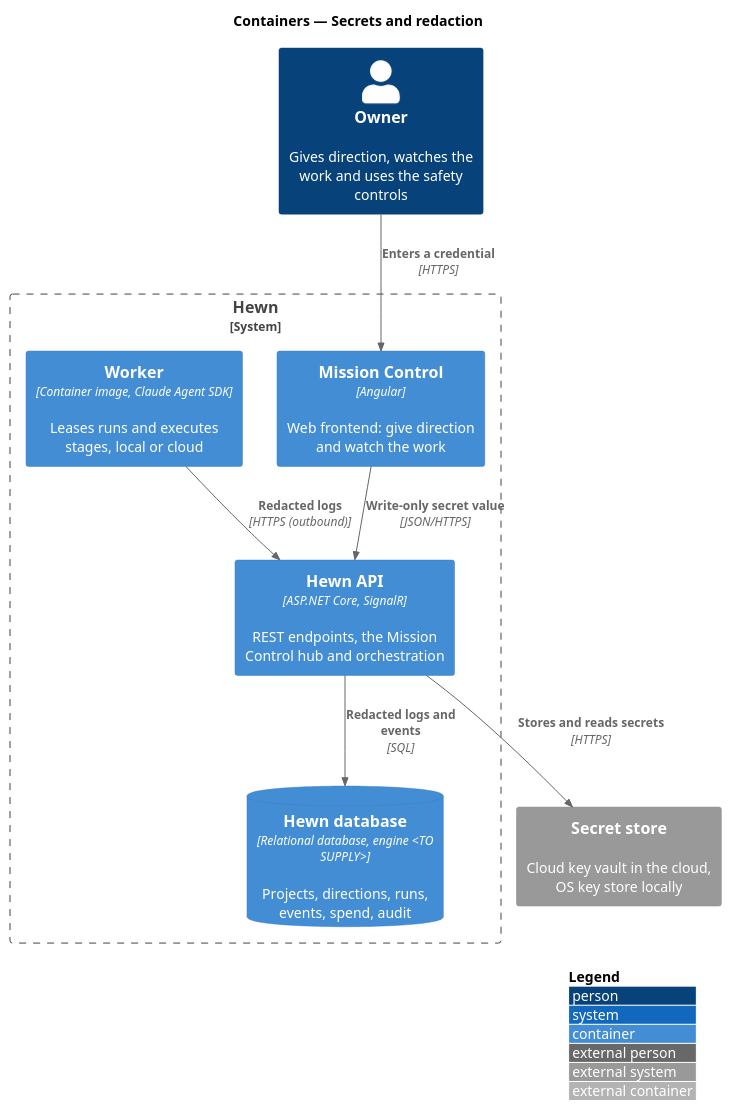
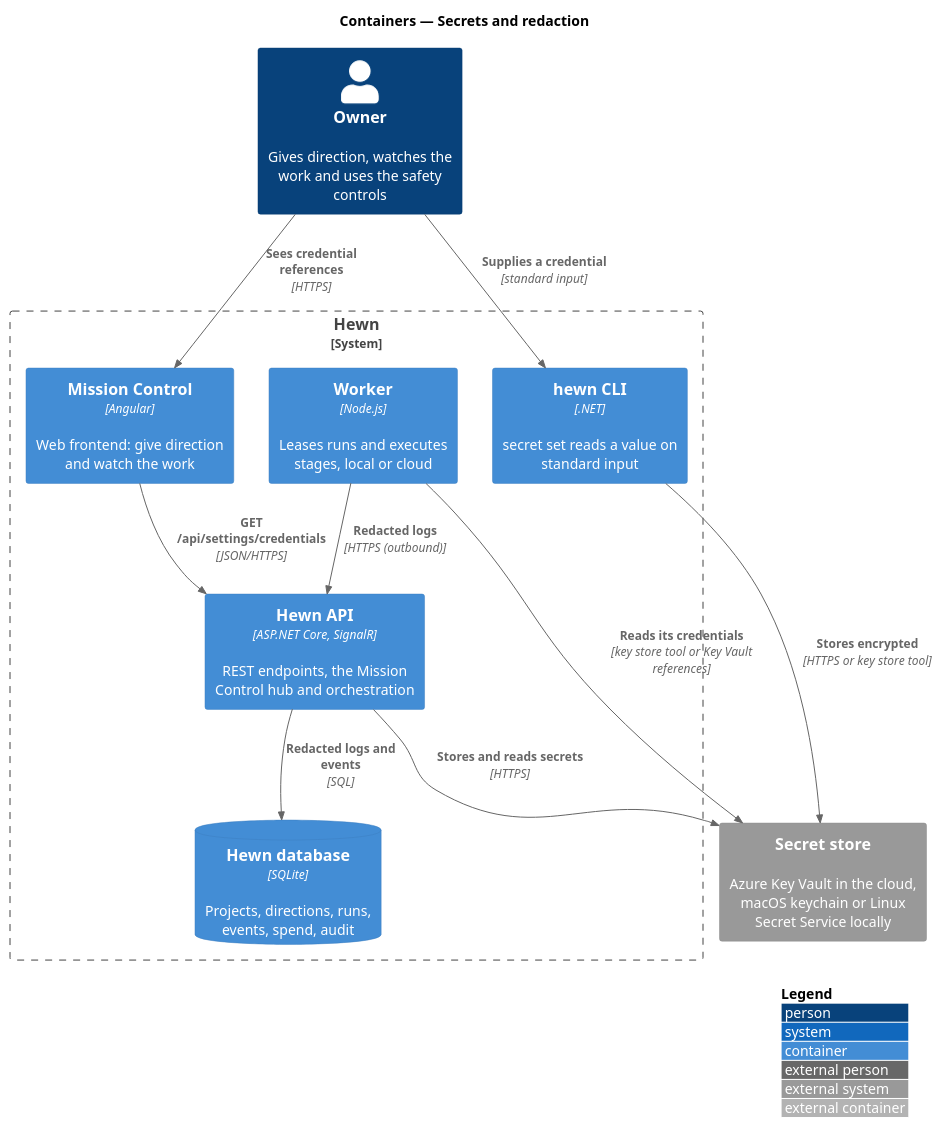
Before and after one commit to QuinntyneBrown/hewn: the diagram in docs/detailed-designs/security/secrets-and-redaction/diagrams/c4-container.puml, drawn with PlantUML. The commit also changed 72 other files, not shown here.

First line of the commit message:
Configure protected service credentials (journey 37, L2-040, L2-042) (#45)

```diff
--- a/docs/detailed-designs/security/secrets-and-redaction/diagrams/c4-container.puml
+++ b/docs/detailed-designs/security/secrets-and-redaction/diagrams/c4-container.puml
@@ -1,20 +1,24 @@
 @startuml
 !include <C4/C4_Container>
 LAYOUT_WITH_LEGEND()
 title Containers — Secrets and redaction
 
 Person(owner, "Owner", "Gives direction, watches the work and uses the safety controls")
 System_Boundary(hewn, "Hewn") {
   Container(spa, "Mission Control", "Angular", "Web frontend: give direction and watch the work")
   Container(api, "Hewn API", "ASP.NET Core, SignalR", "REST endpoints, the Mission Control hub and orchestration")
-  ContainerDb(db, "Hewn database", "Relational database, engine <TO SUPPLY>", "Projects, directions, runs, events, spend, audit")
-  Container(worker, "Worker", "Container image, Claude Agent SDK", "Leases runs and executes stages, local or cloud")
+  ContainerDb(db, "Hewn database", "SQLite", "Projects, directions, runs, events, spend, audit")
+  Container(worker, "Worker", "Node.js", "Leases runs and executes stages, local or cloud")
+  Container(cli, "hewn CLI", ".NET", "secret set reads a value on standard input")
 }
-System_Ext(vault, "Secret store", "Cloud key vault in the cloud, OS key store locally")
+System_Ext(vault, "Secret store", "Azure Key Vault in the cloud, macOS keychain or Linux Secret Service locally")
 
-Rel(owner, spa, "Enters a credential", "HTTPS")
-Rel(spa, api, "Write-only secret value", "JSON/HTTPS")
+Rel(owner, cli, "Supplies a credential", "standard input")
+Rel(cli, vault, "Stores encrypted", "HTTPS or key store tool")
+Rel(owner, spa, "Sees credential references", "HTTPS")
+Rel(spa, api, "GET /api/settings/credentials", "JSON/HTTPS")
 Rel(api, vault, "Stores and reads secrets", "HTTPS")
 Rel(api, db, "Redacted logs and events", "SQL")
 Rel(worker, api, "Redacted logs", "HTTPS (outbound)")
+Rel(worker, vault, "Reads its credentials", "key store tool or Key Vault references")
 @enduml
```
